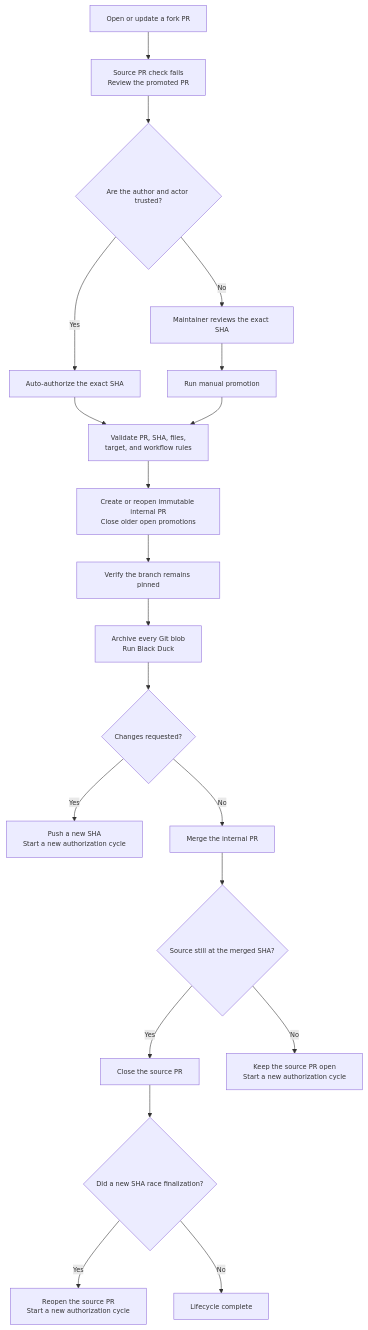
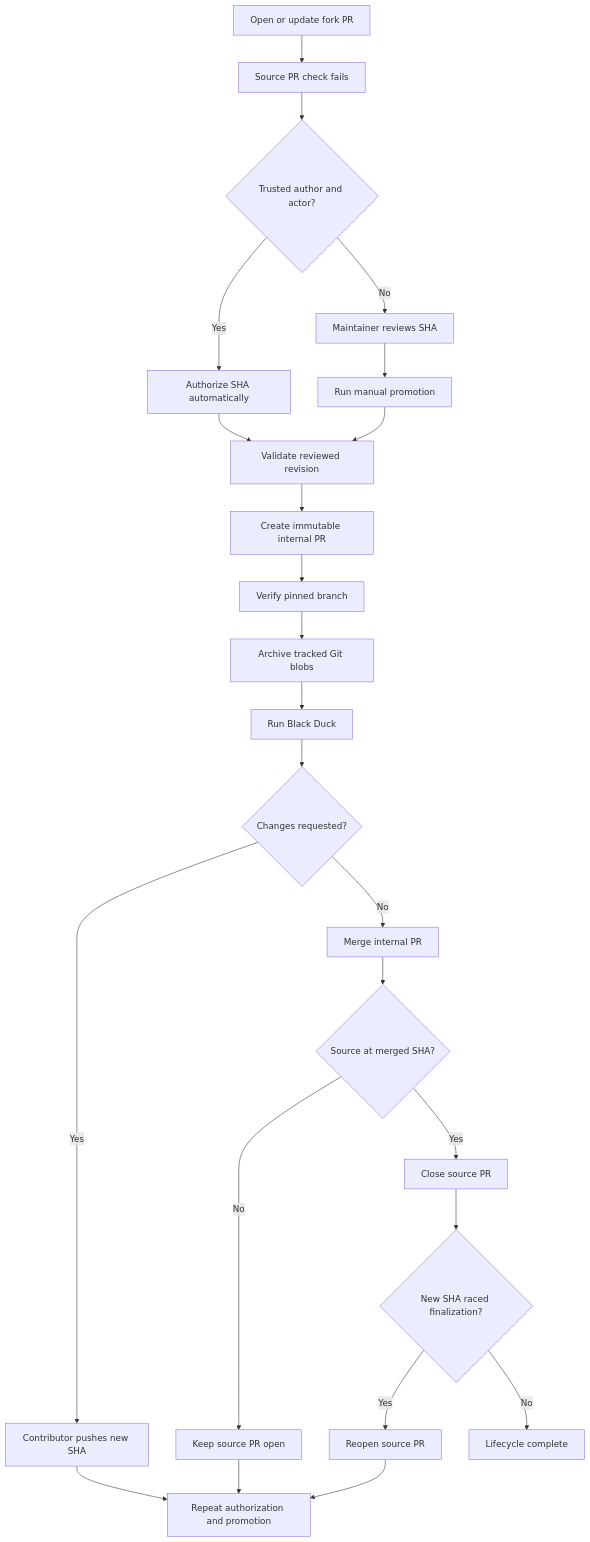
Before and after one commit to NeethuESim/mcp: the diagram in docs/fork-pr-promotion.md, drawn with Mermaid.

Commit message:
fix: mermaid diagram

````diff
--- a/docs/fork-pr-promotion.md
+++ b/docs/fork-pr-promotion.md
@@ -18,24 +18,26 @@
 ```mermaid
-%%{init: {"flowchart": {"useMaxWidth": true}, "themeVariables": {"fontSize": "12px"}}}%%
 flowchart TD
-    A["Open or update a fork PR"]
-    A --> G["Source PR check fails<br/>Review the promoted PR"]
-    G --> B{"Are the author and actor trusted?"}
-    B -- Yes --> C["Auto-authorize the exact SHA"]
-    B -- No --> D["Maintainer reviews the exact SHA"]
-    D --> E["Run manual promotion"]
-    C --> F["Validate PR, SHA, files,<br/>target, and workflow rules"]
-    E --> F
-    F --> H["Create or reopen immutable internal PR<br/>Close older open promotions"]
-    H --> I["Verify the branch remains pinned"]
-    I --> J["Archive every Git blob<br/>Run Black Duck"]
-    J --> K{"Changes requested?"}
-    K -- Yes --> L["Push a new SHA<br/>Start a new authorization cycle"]
-    K -- No --> M["Merge the internal PR"]
-    M --> N{"Source still at the merged SHA?"}
-    N -- Yes --> O["Close the source PR"]
-    N -- No --> P["Keep the source PR open<br/>Start a new authorization cycle"]
-    O --> Q{"Did a new SHA race finalization?"}
-    Q -- Yes --> R["Reopen the source PR<br/>Start a new authorization cycle"]
-    Q -- No --> S["Lifecycle complete"]
+    A[Open or update fork PR] --> B[Source PR check fails]
+    B --> C{Trusted author and actor?}
+    C -- Yes --> D[Authorize SHA automatically]
+    C -- No --> E[Maintainer reviews SHA]
+    E --> F[Run manual promotion]
+    D --> G[Validate reviewed revision]
+    F --> G
+    G --> H[Create immutable internal PR]
+    H --> I[Verify pinned branch]
+    I --> J[Archive tracked Git blobs]
+    J --> K[Run Black Duck]
+    K --> L{Changes requested?}
+    L -- Yes --> M[Contributor pushes new SHA]
+    L -- No --> N[Merge internal PR]
+    N --> O{Source at merged SHA?}
+    O -- No --> P[Keep source PR open]
+    O -- Yes --> Q[Close source PR]
+    Q --> R{New SHA raced finalization?}
+    R -- Yes --> S[Reopen source PR]
+    R -- No --> T[Lifecycle complete]
+    M --> U[Repeat authorization and promotion]
+    P --> U
+    S --> U
 ```
````
